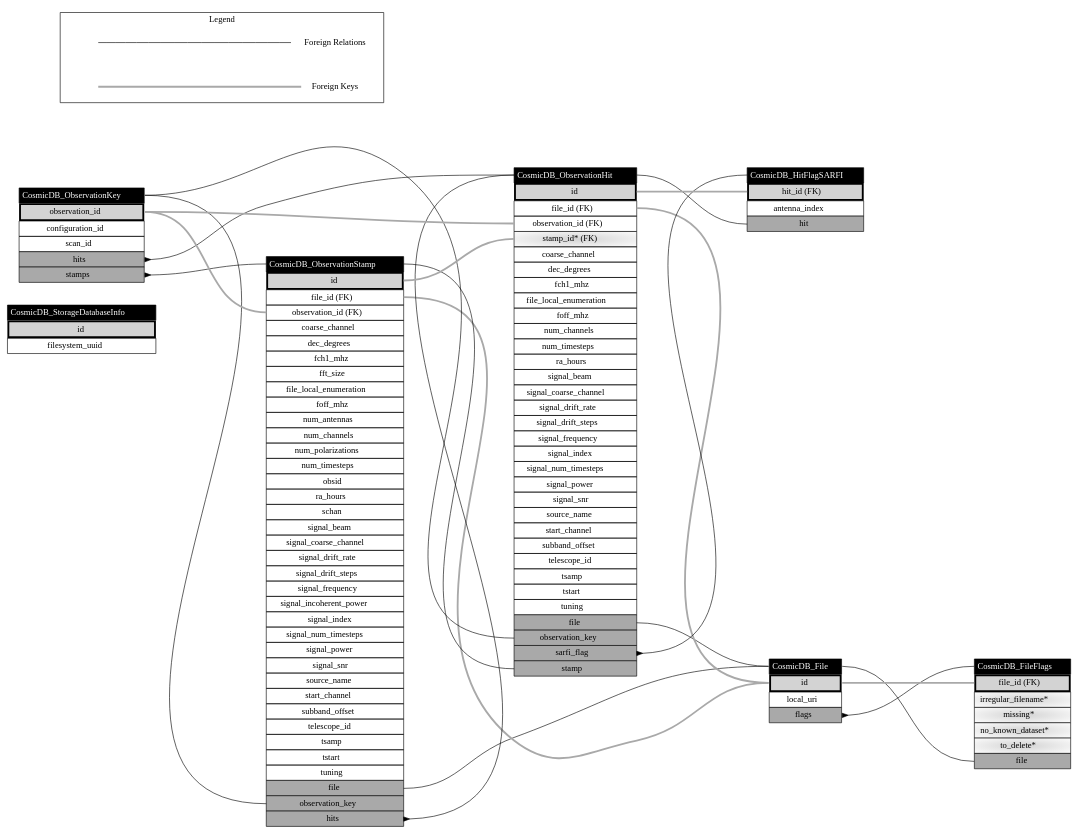
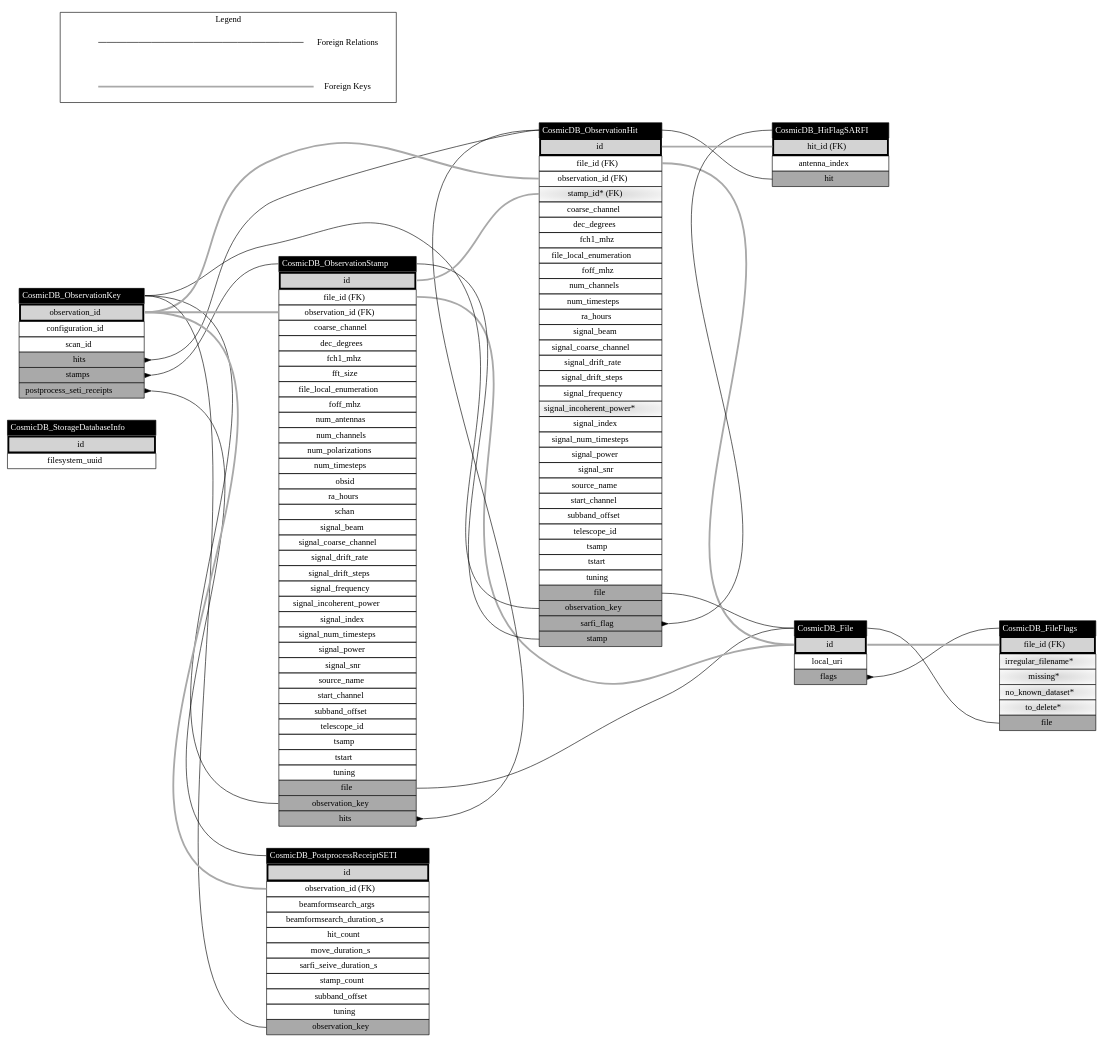
One commit to COSMIC-SETI/COSMIC-VLA-Database changed the diagram in docs/classes_Storage.dot. Above: the diagram before and after it, drawn with Graphviz. The commit also changed 8 other files, not shown here.

Commit message:
++ PostprocessReceiptSETI

```diff
--- a/docs/classes_Storage.dot
+++ b/docs/classes_Storage.dot
@@ -1,144 +1,163 @@
 digraph CosmicDB_Storage {
 layout=dot;
 nodesep=0.5;
 rankdir=LR;
 ranksep=2.5;
 CosmicDB_StorageDatabaseInfo [label=<<table border="0" cellborder="1" cellspacing="0" cellpadding="4">
 	<tr><td bgcolor="black" port="class"><font color="white">CosmicDB_StorageDatabaseInfo</font></td></tr>
 	<tr><td port="pk" bgcolor="lightgrey" border="3">id</td></tr>
 	<tr><td port="filesystem_uuid">filesystem_uuid</td></tr>
 </table>>, shape=plain];
 CosmicDB_ObservationKey [label=<<table border="0" cellborder="1" cellspacing="0" cellpadding="4">
 	<tr><td bgcolor="black" port="class"><font color="white">CosmicDB_ObservationKey</font></td></tr>
 	<tr><td port="pk" bgcolor="lightgrey" border="3">observation_id</td></tr>
 	<tr><td port="configuration_id">configuration_id</td></tr>
 	<tr><td port="scan_id">scan_id</td></tr>
 	<tr><td bgcolor="darkgrey" port="hits">hits</td></tr>
 	<tr><td bgcolor="darkgrey" port="stamps">stamps</td></tr>
+	<tr><td bgcolor="darkgrey" port="postprocess_seti_receipts">postprocess_seti_receipts</td></tr>
 </table>>, shape=plain];
 CosmicDB_File [label=<<table border="0" cellborder="1" cellspacing="0" cellpadding="4">
 	<tr><td bgcolor="black" port="class"><font color="white">CosmicDB_File</font></td></tr>
 	<tr><td port="pk" bgcolor="lightgrey" border="3">id</td></tr>
 	<tr><td port="local_uri">local_uri</td></tr>
 	<tr><td bgcolor="darkgrey" port="flags">flags</td></tr>
 </table>>, shape=plain];
 CosmicDB_FileFlags [label=<<table border="0" cellborder="1" cellspacing="0" cellpadding="4">
 	<tr><td bgcolor="black" port="class"><font color="white">CosmicDB_FileFlags</font></td></tr>
 	<tr><td port="pk" bgcolor="lightgrey" border="3">file_id (FK)</td></tr>
 	<tr><td port="irregular_filename" bgcolor="lightgrey:white" style="radial">irregular_filename*</td></tr>
 	<tr><td port="missing" bgcolor="lightgrey:white" style="radial">missing*</td></tr>
 	<tr><td port="no_known_dataset" bgcolor="lightgrey:white" style="radial">no_known_dataset*</td></tr>
 	<tr><td port="to_delete" bgcolor="lightgrey:white" style="radial">to_delete*</td></tr>
 	<tr><td bgcolor="darkgrey" port="file">file</td></tr>
 </table>>, shape=plain];
 CosmicDB_ObservationStamp [label=<<table border="0" cellborder="1" cellspacing="0" cellpadding="4">
 	<tr><td bgcolor="black" port="class"><font color="white">CosmicDB_ObservationStamp</font></td></tr>
 	<tr><td port="pk" bgcolor="lightgrey" border="3">id</td></tr>
 	<tr><td port="file_id">file_id (FK)</td></tr>
 	<tr><td port="observation_id">observation_id (FK)</td></tr>
 	<tr><td port="coarse_channel">coarse_channel</td></tr>
 	<tr><td port="dec_degrees">dec_degrees</td></tr>
 	<tr><td port="fch1_mhz">fch1_mhz</td></tr>
 	<tr><td port="fft_size">fft_size</td></tr>
 	<tr><td port="file_local_enumeration">file_local_enumeration</td></tr>
 	<tr><td port="foff_mhz">foff_mhz</td></tr>
 	<tr><td port="num_antennas">num_antennas</td></tr>
 	<tr><td port="num_channels">num_channels</td></tr>
 	<tr><td port="num_polarizations">num_polarizations</td></tr>
 	<tr><td port="num_timesteps">num_timesteps</td></tr>
 	<tr><td port="obsid">obsid</td></tr>
 	<tr><td port="ra_hours">ra_hours</td></tr>
 	<tr><td port="schan">schan</td></tr>
 	<tr><td port="signal_beam">signal_beam</td></tr>
 	<tr><td port="signal_coarse_channel">signal_coarse_channel</td></tr>
 	<tr><td port="signal_drift_rate">signal_drift_rate</td></tr>
 	<tr><td port="signal_drift_steps">signal_drift_steps</td></tr>
 	<tr><td port="signal_frequency">signal_frequency</td></tr>
 	<tr><td port="signal_incoherent_power">signal_incoherent_power</td></tr>
 	<tr><td port="signal_index">signal_index</td></tr>
 	<tr><td port="signal_num_timesteps">signal_num_timesteps</td></tr>
 	<tr><td port="signal_power">signal_power</td></tr>
 	<tr><td port="signal_snr">signal_snr</td></tr>
 	<tr><td port="source_name">source_name</td></tr>
 	<tr><td port="start_channel">start_channel</td></tr>
 	<tr><td port="subband_offset">subband_offset</td></tr>
 	<tr><td port="telescope_id">telescope_id</td></tr>
 	<tr><td port="tsamp">tsamp</td></tr>
 	<tr><td port="tstart">tstart</td></tr>
 	<tr><td port="tuning">tuning</td></tr>
 	<tr><td bgcolor="darkgrey" port="file">file</td></tr>
 	<tr><td bgcolor="darkgrey" port="observation_key">observation_key</td></tr>
 	<tr><td bgcolor="darkgrey" port="hits">hits</td></tr>
 </table>>, shape=plain];
 CosmicDB_ObservationHit [label=<<table border="0" cellborder="1" cellspacing="0" cellpadding="4">
 	<tr><td bgcolor="black" port="class"><font color="white">CosmicDB_ObservationHit</font></td></tr>
 	<tr><td port="pk" bgcolor="lightgrey" border="3">id</td></tr>
 	<tr><td port="file_id">file_id (FK)</td></tr>
 	<tr><td port="observation_id">observation_id (FK)</td></tr>
 	<tr><td port="stamp_id" bgcolor="lightgrey:white" style="radial">stamp_id* (FK)</td></tr>
 	<tr><td port="coarse_channel">coarse_channel</td></tr>
 	<tr><td port="dec_degrees">dec_degrees</td></tr>
 	<tr><td port="fch1_mhz">fch1_mhz</td></tr>
 	<tr><td port="file_local_enumeration">file_local_enumeration</td></tr>
 	<tr><td port="foff_mhz">foff_mhz</td></tr>
 	<tr><td port="num_channels">num_channels</td></tr>
 	<tr><td port="num_timesteps">num_timesteps</td></tr>
 	<tr><td port="ra_hours">ra_hours</td></tr>
 	<tr><td port="signal_beam">signal_beam</td></tr>
 	<tr><td port="signal_coarse_channel">signal_coarse_channel</td></tr>
 	<tr><td port="signal_drift_rate">signal_drift_rate</td></tr>
 	<tr><td port="signal_drift_steps">signal_drift_steps</td></tr>
 	<tr><td port="signal_frequency">signal_frequency</td></tr>
+	<tr><td port="signal_incoherent_power" bgcolor="lightgrey:white" style="radial">signal_incoherent_power*</td></tr>
 	<tr><td port="signal_index">signal_index</td></tr>
 	<tr><td port="signal_num_timesteps">signal_num_timesteps</td></tr>
 	<tr><td port="signal_power">signal_power</td></tr>
 	<tr><td port="signal_snr">signal_snr</td></tr>
 	<tr><td port="source_name">source_name</td></tr>
 	<tr><td port="start_channel">start_channel</td></tr>
 	<tr><td port="subband_offset">subband_offset</td></tr>
 	<tr><td port="telescope_id">telescope_id</td></tr>
 	<tr><td port="tsamp">tsamp</td></tr>
 	<tr><td port="tstart">tstart</td></tr>
 	<tr><td port="tuning">tuning</td></tr>
 	<tr><td bgcolor="darkgrey" port="file">file</td></tr>
 	<tr><td bgcolor="darkgrey" port="observation_key">observation_key</td></tr>
 	<tr><td bgcolor="darkgrey" port="sarfi_flag">sarfi_flag</td></tr>
 	<tr><td bgcolor="darkgrey" port="stamp">stamp</td></tr>
 </table>>, shape=plain];
 CosmicDB_HitFlagSARFI [label=<<table border="0" cellborder="1" cellspacing="0" cellpadding="4">
 	<tr><td bgcolor="black" port="class"><font color="white">CosmicDB_HitFlagSARFI</font></td></tr>
 	<tr><td port="pk" bgcolor="lightgrey" border="3">hit_id (FK)</td></tr>
 	<tr><td port="antenna_index">antenna_index</td></tr>
 	<tr><td bgcolor="darkgrey" port="hit">hit</td></tr>
 </table>>, shape=plain];
+CosmicDB_PostprocessReceiptSETI [label=<<table border="0" cellborder="1" cellspacing="0" cellpadding="4">
+	<tr><td bgcolor="black" port="class"><font color="white">CosmicDB_PostprocessReceiptSETI</font></td></tr>
+	<tr><td port="pk" bgcolor="lightgrey" border="3">id</td></tr>
+	<tr><td port="observation_id">observation_id (FK)</td></tr>
+	<tr><td port="beamformsearch_args">beamformsearch_args</td></tr>
+	<tr><td port="beamformsearch_duration_s">beamformsearch_duration_s</td></tr>
+	<tr><td port="hit_count">hit_count</td></tr>
+	<tr><td port="move_duration_s">move_duration_s</td></tr>
+	<tr><td port="sarfi_seive_duration_s">sarfi_seive_duration_s</td></tr>
+	<tr><td port="stamp_count">stamp_count</td></tr>
+	<tr><td port="subband_offset">subband_offset</td></tr>
+	<tr><td port="tuning">tuning</td></tr>
+	<tr><td bgcolor="darkgrey" port="observation_key">observation_key</td></tr>
+</table>>, shape=plain];
 CosmicDB_ObservationKey:hits -> CosmicDB_ObservationHit:class  [arrowtail=inv, dir=back];
 CosmicDB_ObservationKey:stamps -> CosmicDB_ObservationStamp:class  [arrowtail=inv, dir=back];
+CosmicDB_ObservationKey:postprocess_seti_receipts -> CosmicDB_PostprocessReceiptSETI:class  [arrowtail=inv, dir=back];
 CosmicDB_File:flags -> CosmicDB_FileFlags:class  [arrowtail=inv, dir=back];
 CosmicDB_FileFlags:file -> CosmicDB_File:class  [arrowtail=none, dir=back];
 CosmicDB_ObservationStamp:file -> CosmicDB_File:class  [arrowtail=none, dir=back];
 CosmicDB_ObservationStamp:observation_key -> CosmicDB_ObservationKey:class  [arrowtail=none, dir=back];
 CosmicDB_ObservationStamp:hits -> CosmicDB_ObservationHit:class  [arrowtail=inv, dir=back];
 CosmicDB_ObservationHit:file -> CosmicDB_File:class  [arrowtail=none, dir=back];
 CosmicDB_ObservationHit:observation_key -> CosmicDB_ObservationKey:class  [arrowtail=none, dir=back];
 CosmicDB_ObservationHit:sarfi_flag -> CosmicDB_HitFlagSARFI:class  [arrowtail=inv, dir=back];
 CosmicDB_ObservationHit:stamp -> CosmicDB_ObservationStamp:class  [arrowtail=none, dir=back];
 CosmicDB_HitFlagSARFI:hit -> CosmicDB_ObservationHit:class  [arrowtail=none, dir=back];
+CosmicDB_PostprocessReceiptSETI:observation_key -> CosmicDB_ObservationKey:class  [arrowtail=none, dir=back];
 CosmicDB_FileFlags:pk -> CosmicDB_File:pk  [arrowtail=none, color=darkgrey, dir=back, penwidth=3.0];
 CosmicDB_ObservationStamp:file_id -> CosmicDB_File:pk  [arrowtail=none, color=darkgrey, dir=back, penwidth=3.0];
 CosmicDB_ObservationStamp:observation_id -> CosmicDB_ObservationKey:pk  [arrowtail=none, color=darkgrey, dir=back, penwidth=3.0];
 CosmicDB_ObservationHit:file_id -> CosmicDB_File:pk  [arrowtail=none, color=darkgrey, dir=back, penwidth=3.0];
 CosmicDB_ObservationHit:observation_id -> CosmicDB_ObservationKey:pk  [arrowtail=none, color=darkgrey, dir=back, penwidth=3.0];
 CosmicDB_ObservationHit:stamp_id -> CosmicDB_ObservationStamp:pk  [arrowtail=none, color=darkgrey, dir=back, penwidth=3.0];
 CosmicDB_HitFlagSARFI:pk -> CosmicDB_ObservationHit:pk  [arrowtail=none, color=darkgrey, dir=back, penwidth=3.0];
+CosmicDB_PostprocessReceiptSETI:observation_id -> CosmicDB_ObservationKey:pk  [arrowtail=none, color=darkgrey, dir=back, penwidth=3.0];
 subgraph legend {
 cluster=True;
 label="Legend";
 "Foreign Relations_0" [label="", shape=none];
 "Foreign Relations_1" [label="Foreign Relations", shape=none];
 "Foreign Relations_0" -> "Foreign Relations_1"  [arrowtail=none, color=black, dir=back];
 "Foreign Keys_0" [label="", shape=none];
 "Foreign Keys_1" [label="Foreign Keys", shape=none];
 "Foreign Keys_0" -> "Foreign Keys_1"  [arrowtail=none, color=darkgrey, dir=back, penwidth=3.0];
 }
 
 }
```
